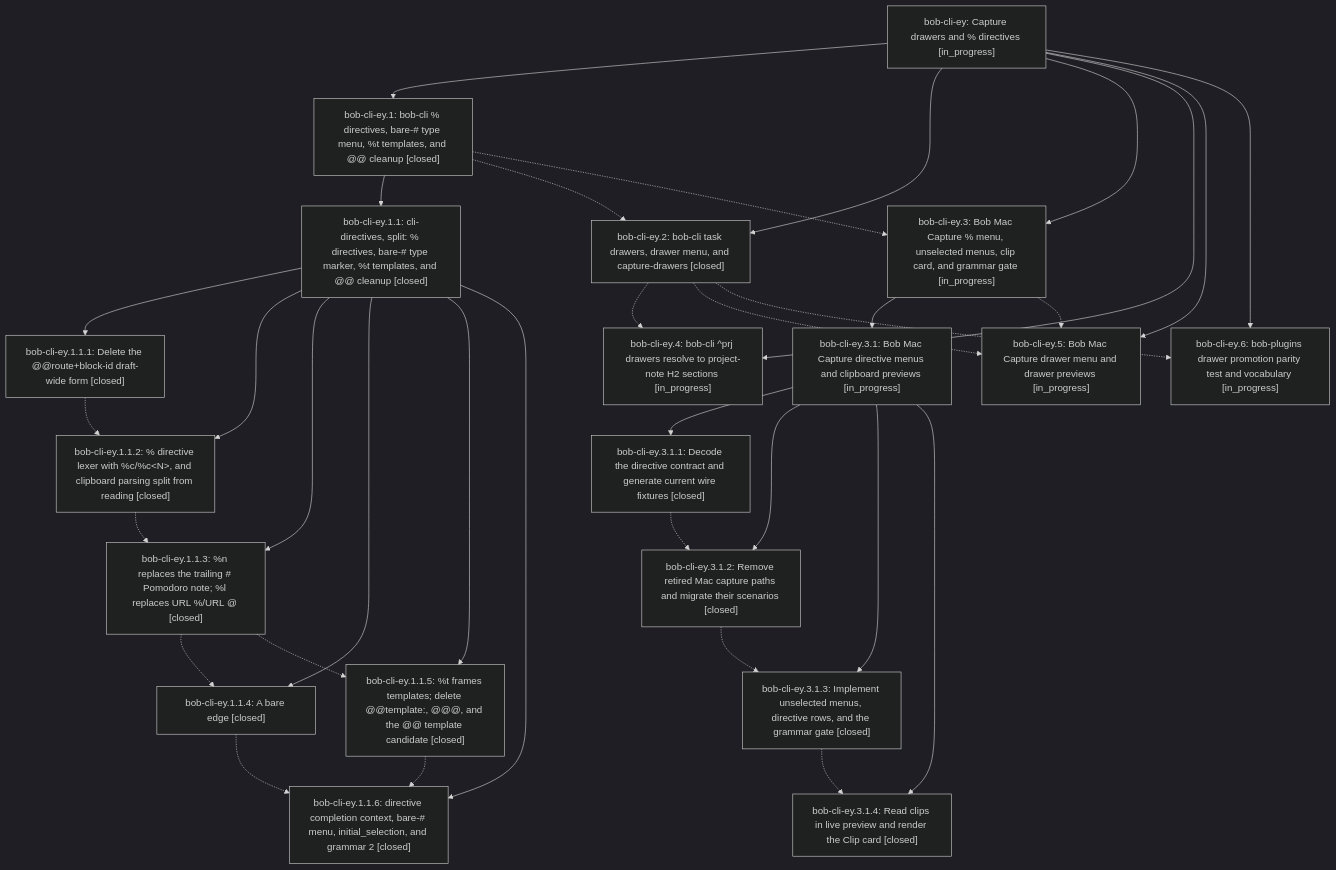
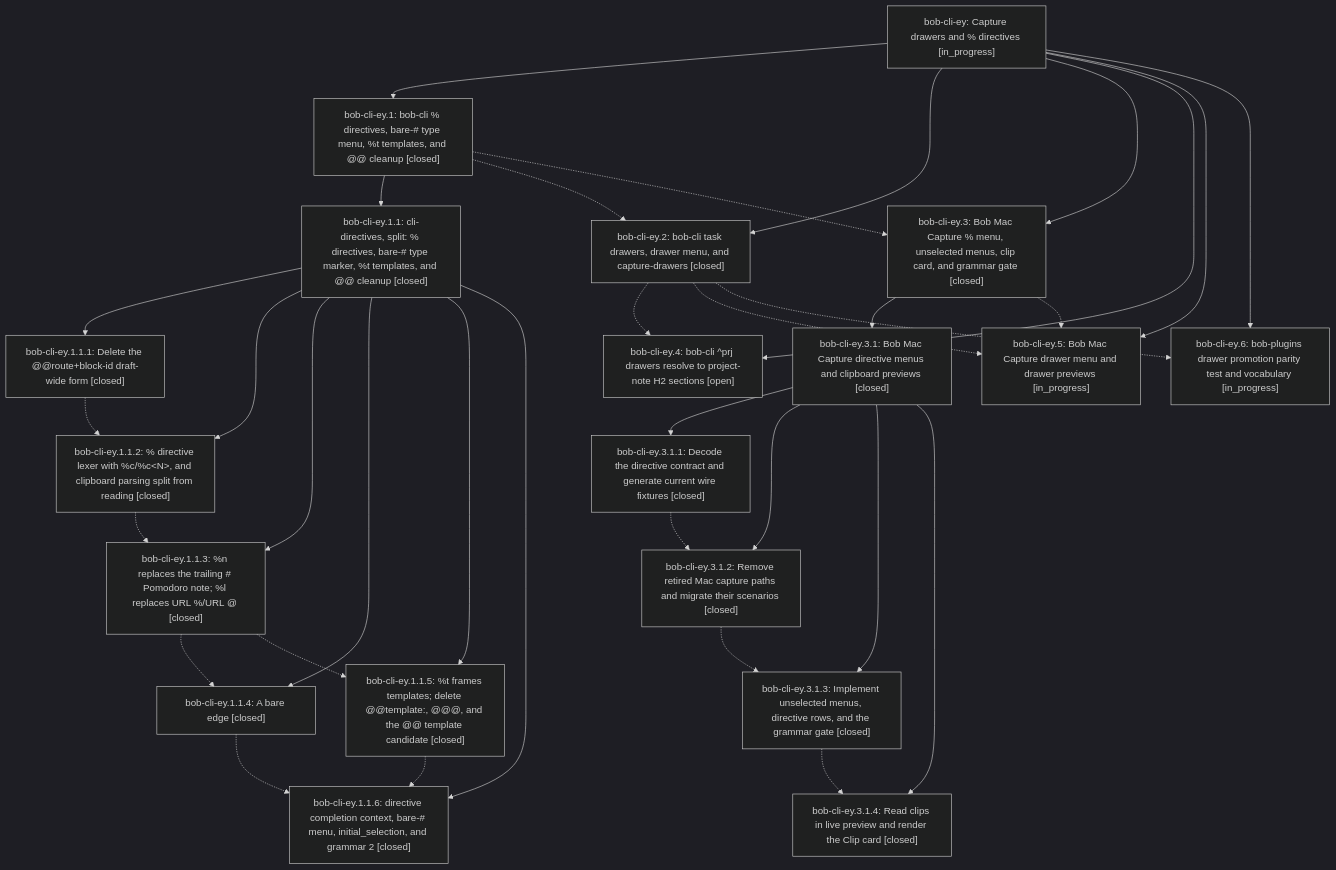
The diagram in pages/bob-cli-ey/README.md (bobs-org/bob-cli--beads), drawn with Mermaid (dark theme) before and after one commit. The commit also changed other lines of this file and 10 other files, not shown here.

````diff
--- a/pages/bob-cli-ey/README.md
+++ b/pages/bob-cli-ey/README.md
@@ -43,55 +43,55 @@
 ```mermaid
 flowchart TD
     n0["bob-cli-ey: Capture drawers and % directives [in_progress]"]
     n1["bob-cli-ey.1: bob-cli % directives, bare-# type menu, %t templates, and @@ cleanup [closed]"]
     n2["bob-cli-ey.1.1: cli-directives, split: % directives, bare-# type marker, %t templates, and @@ cleanup [closed]"]
     n3["bob-cli-ey.1.1.1: Delete the @@route+block-id draft-wide form [closed]"]
     n4["bob-cli-ey.1.1.2: % directive lexer with %c/%c&lt;N&gt;, and clipboard parsing split from reading [closed]"]
     n5["bob-cli-ey.1.1.3: %n replaces the trailing # Pomodoro note; %l replaces URL %/URL @ [closed]"]
     n6["bob-cli-ey.1.1.4: A bare edge [closed]"]
     n7["bob-cli-ey.1.1.5: %t frames templates; delete @@template:, @@@, and the @@ template candidate [closed]"]
     n8["bob-cli-ey.1.1.6: directive completion context, bare-# menu, initial_selection, and grammar 2 [closed]"]
     n9["bob-cli-ey.2: bob-cli task drawers, drawer menu, and capture-drawers [closed]"]
-    n10["bob-cli-ey.3: Bob Mac Capture % menu, unselected menus, clip card, and grammar gate [in_progress]"]
-    n11["bob-cli-ey.3.1: Bob Mac Capture directive menus and clipboard previews [in_progress]"]
+    n10["bob-cli-ey.3: Bob Mac Capture % menu, unselected menus, clip card, and grammar gate [closed]"]
+    n11["bob-cli-ey.3.1: Bob Mac Capture directive menus and clipboard previews [closed]"]
     n12["bob-cli-ey.3.1.1: Decode the directive contract and generate current wire fixtures [closed]"]
     n13["bob-cli-ey.3.1.2: Remove retired Mac capture paths and migrate their scenarios [closed]"]
     n14["bob-cli-ey.3.1.3: Implement unselected menus, directive rows, and the grammar gate [closed]"]
     n15["bob-cli-ey.3.1.4: Read clips in live preview and render the Clip card [closed]"]
-    n16["bob-cli-ey.4: bob-cli ^prj drawers resolve to project-note H2 sections [in_progress]"]
+    n16["bob-cli-ey.4: bob-cli ^prj drawers resolve to project-note H2 sections [open]"]
     n17["bob-cli-ey.5: Bob Mac Capture drawer menu and drawer previews [in_progress]"]
     n18["bob-cli-ey.6: bob-plugins drawer promotion parity test and vocabulary [in_progress]"]
     n0 --> n1
     n1 --> n2
     n2 --> n3
     n2 --> n4
     n2 --> n5
     n2 --> n6
     n2 --> n7
     n2 --> n8
     n0 --> n9
     n0 --> n10
     n10 --> n11
     n11 --> n12
     n11 --> n13
     n11 --> n14
     n11 --> n15
     n0 --> n16
     n0 --> n17
     n0 --> n18
     n1 -.-> n9
     n1 -.-> n10
     n3 -.-> n4
     n4 -.-> n5
     n5 -.-> n6
     n5 -.-> n7
     n6 -.-> n8
     n7 -.-> n8
     n9 -.-> n16
     n9 -.-> n17
     n9 -.-> n18
     n10 -.-> n17
     n12 -.-> n13
     n13 -.-> n14
     n14 -.-> n15
 ```
````
